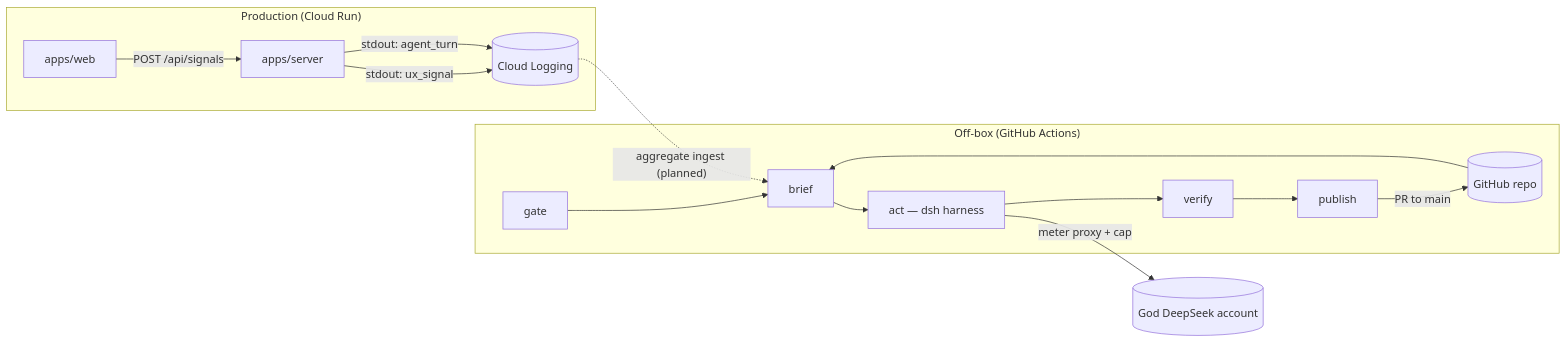
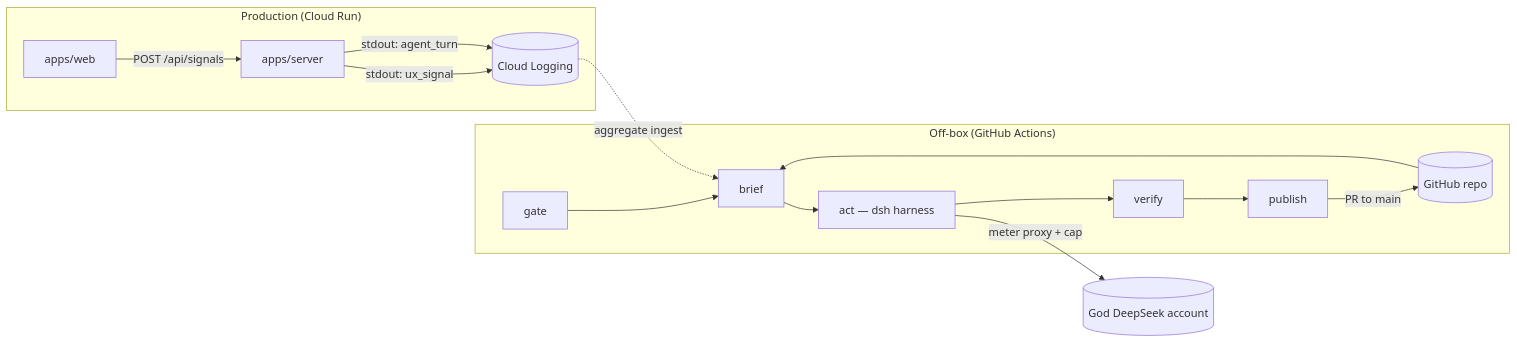
Before and after one commit to acuhlmann/mermaid-gen: the first of 4 diagrams in docs/guide/archislop-god.md, drawn with Mermaid. The commit also changed other lines of this file and 17 other files, not shown here.

````diff
--- a/docs/guide/archislop-god.md
+++ b/docs/guide/archislop-god.md
@@ -39,24 +39,24 @@
 ```mermaid
 flowchart LR
   subgraph prod ["Production (Cloud Run)"]
     Web["apps/web"]
     API["apps/server"]
     Web -->|"POST /api/signals"| API
     API -->|"stdout: ux_signal"| Logs[("Cloud Logging")]
     API -->|"stdout: agent_turn"| Logs
   end
 
   subgraph offbox ["Off-box (GitHub Actions)"]
     Gate["gate"]
     Brief["brief"]
     Act["act — dsh harness"]
     Verify["verify"]
     Publish["publish"]
     Gate --> Brief --> Act --> Verify --> Publish
     Publish -->|"PR to main"| Repo[("GitHub repo")]
   end
 
-  Logs -.->|"aggregate ingest (planned)"| Brief
+  Logs -.->|"aggregate ingest"| Brief
   Repo --> Brief
   Act -->|"meter proxy + cap"| DS[("God DeepSeek account")]
 ```
````
